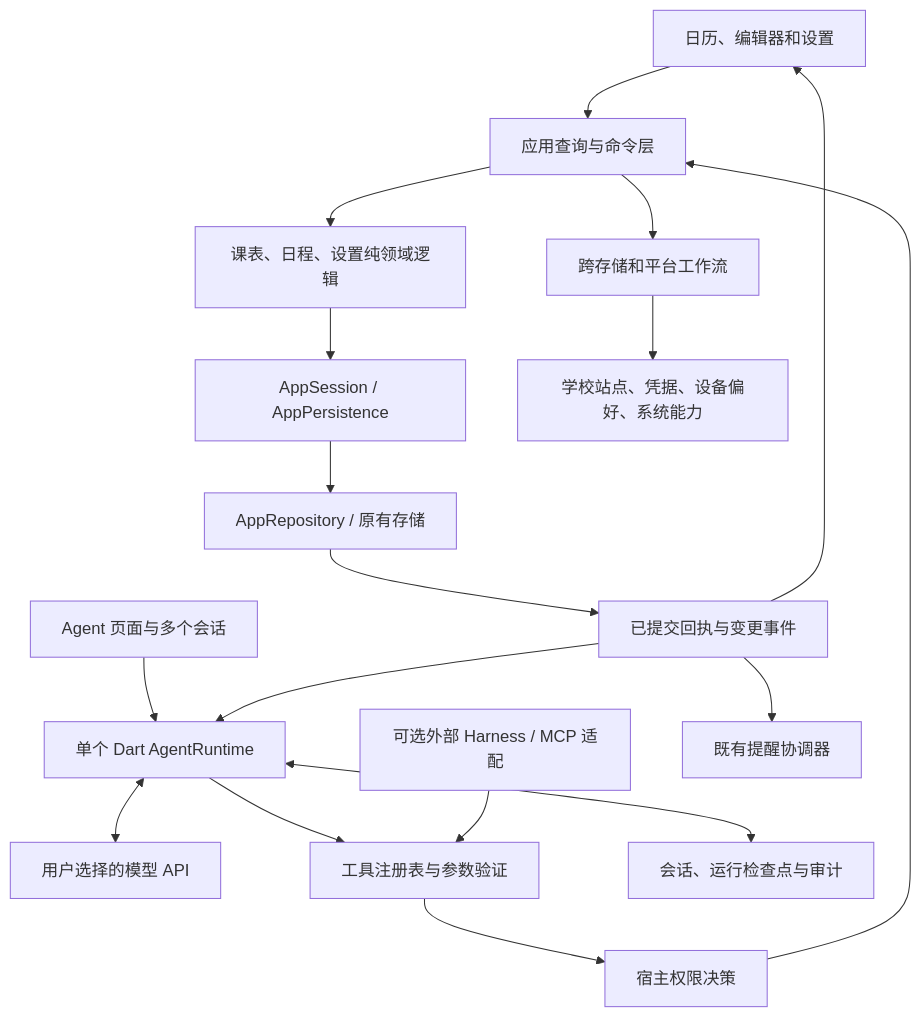
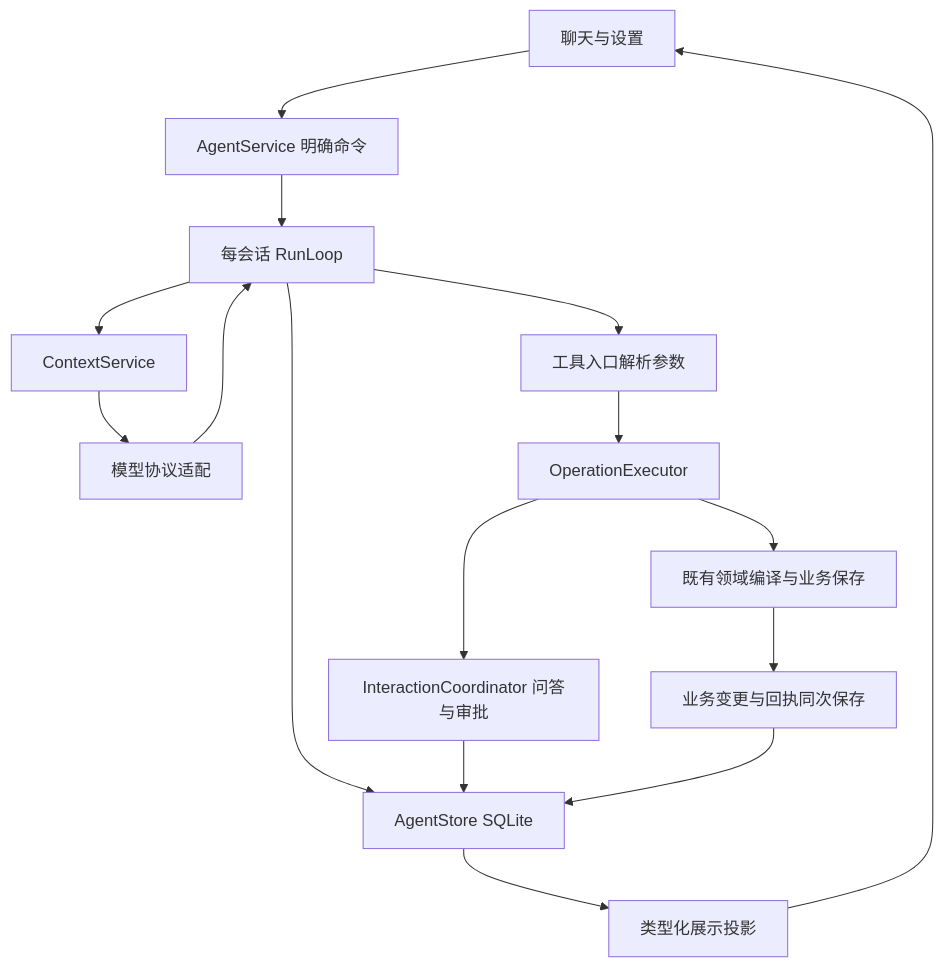
The diagram in docs/AGENT_ARCHITECTURE.md (Mashiro0619/Sked), drawn with Mermaid before and after one commit. The commit also changed other lines of this file and 369 other files, not shown here.

Commit message:
refactor(Agent): 统一运行与工具调用并切换 SQLite 存储

````diff
--- a/docs/AGENT_ARCHITECTURE.md
+++ b/docs/AGENT_ARCHITECTURE.md
@@ -42,20 +9,18 @@
 ```mermaid
-flowchart TB
-  UI[日历、编辑器和设置] --> BUS[应用查询与命令层]
-  CHAT[Agent 页面与多个会话] --> RT[单个 Dart AgentRuntime]
-  RT <--> MODEL[用户选择的模型 API]
-  RT --> TOOLS[工具注册表与参数验证]
-  EXT[可选外部 Harness / MCP 适配] --> TOOLS
-  TOOLS --> POLICY[宿主权限决策]
-  POLICY --> BUS
-  BUS --> DOMAIN[课表、日程、设置纯领域逻辑]
-  DOMAIN --> SESSION[AppSession / AppPersistence]
-  SESSION --> REPO[AppRepository / 原有存储]
-  BUS --> WORKFLOW[跨存储和平台工作流]
-  WORKFLOW --> SIDE[学校站点、凭据、设备偏好、系统能力]
-  REPO --> COMMIT[已提交回执与变更事件]
-  COMMIT --> UI
-  COMMIT --> RT
-  COMMIT --> NOTIFY[既有提醒协调器]
-  RT <--> LOG[会话、运行检查点与审计]
+flowchart TD
+  UI[聊天与设置] --> Service[AgentService 明确命令]
+  Service --> Run[每会话 RunLoop]
+  Run --> Context[ContextService]
+  Context --> Provider[模型协议适配]
+  Provider --> Run
+  Run --> Tools[工具入口解析参数]
+  Tools --> Executor[OperationExecutor]
+  Executor --> Interaction[InteractionCoordinator 问答与审批]
+  Executor --> Domain[既有领域编译与业务保存]
+  Domain --> Receipt[业务变更与回执同次保存]
+  Run --> Store[AgentStore SQLite]
+  Interaction --> Store
+  Receipt --> Store
+  Store --> View[类型化展示投影]
+  View --> UI
 ```
````
